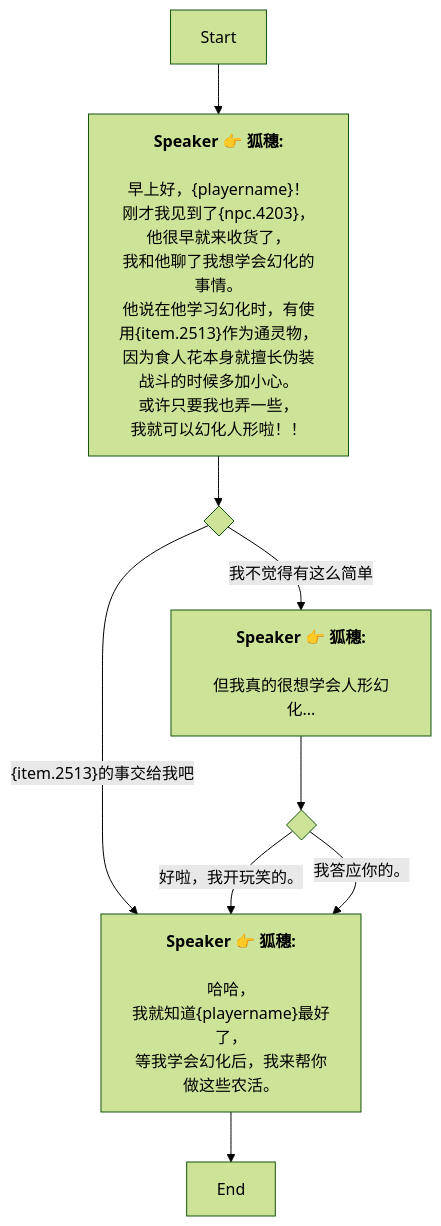
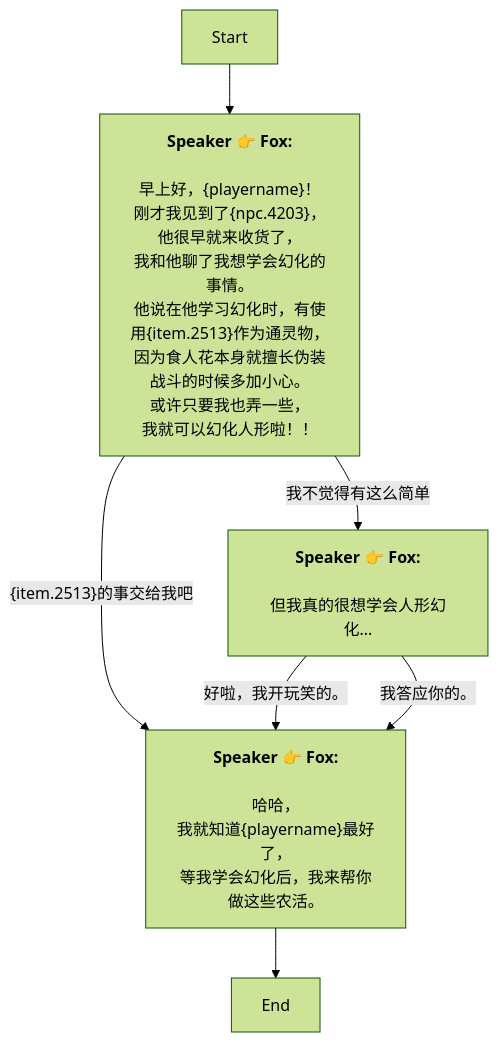
The diagram in Zh/QuestStartTalkENode_1738538277243034.md (SoftHu/tos_avg), drawn with Mermaid (forest theme) before and after one commit. The commit also changed 737 other files, not shown here.

````diff
--- a/Zh/QuestStartTalkENode_1738538277243034.md
+++ b/Zh/QuestStartTalkENode_1738538277243034.md
@@ -1,36 +1,26 @@
 ```mermaid
 graph
-Start -->1738538993755293[<b>Speaker 👉 狐穗:</b>
-
-早上好，&lbrace;playername&rbrace;！
-刚才我见到了&lbrace;npc.4203&rbrace;，
+Start -->1738538993755293[<b>Speaker 👉 Fox:</b>
+\n早上好，&lbrace;playername&rbrace;！\n刚才我见到了&lbrace;npc.4203&rbrace;，
 他很早就来收货了，
-我和他聊了我想学会幻化的事情。
-他说在他学习幻化时，有使用&lbrace;item.2513&rbrace;作为通灵物，
+我和他聊了我想学会幻化的事情。\n他说在他学习幻化时，有使用&lbrace;item.2513&rbrace;作为通灵物，
 因为食人花本身就擅长伪装
-战斗的时候多加小心。
-或许只要我也弄一些，
+战斗的时候多加小心。\n或许只要我也弄一些，
 我就可以幻化人形啦！！]
-1738538993755293 -->1738539217236126{ }
-1738539217236126 -->|我不觉得有这么简单|1738539246921891[<b>Speaker 👉 狐穗:</b>
-
-但我真的很想学会人形幻化...]
-1738539217236126 -->|&lbrace;item.2513&rbrace;的事交给我吧|1738539326217385[<b>Speaker 👉 狐穗:</b>
-
-哈哈，
+1738538993755293 -->|我不觉得有这么简单|1738539246921891[<b>Speaker 👉 Fox:</b>
+\n但我真的很想学会人形幻化...]
+1738538993755293 -->|&lbrace;item.2513&rbrace;的事交给我吧|1738539326217385[<b>Speaker 👉 Fox:</b>
+\n哈哈，
 我就知道&lbrace;playername&rbrace;最好了，
 等我学会幻化后，我来帮你做这些农活。]
-1738539246921891 -->1738539302740132{ }
-1738539302740132 -->|好啦，我开玩笑的。|1738539326217385[<b>Speaker 👉 狐穗:</b>
-
-哈哈，
+1738539246921891 -->|好啦，我开玩笑的。|1738539326217385[<b>Speaker 👉 Fox:</b>
+\n哈哈，
 我就知道&lbrace;playername&rbrace;最好了，
 等我学会幻化后，我来帮你做这些农活。]
-1738539302740132 -->|我答应你的。|1738539326217385[<b>Speaker 👉 狐穗:</b>
-
-哈哈，
+1738539246921891 -->|我答应你的。|1738539326217385[<b>Speaker 👉 Fox:</b>
+\n哈哈，
 我就知道&lbrace;playername&rbrace;最好了，
 等我学会幻化后，我来帮你做这些农活。]
 1738539326217385 -->1738539373948074[End]
 
- ```
+```
````
